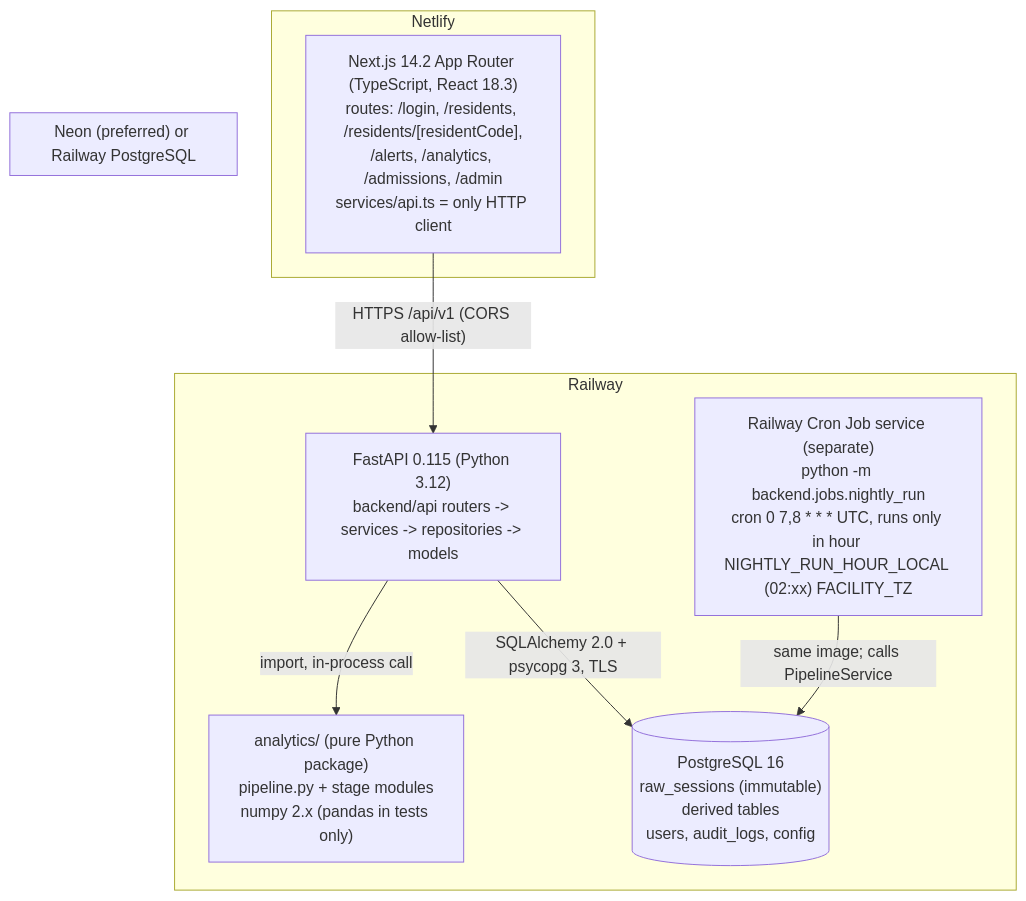
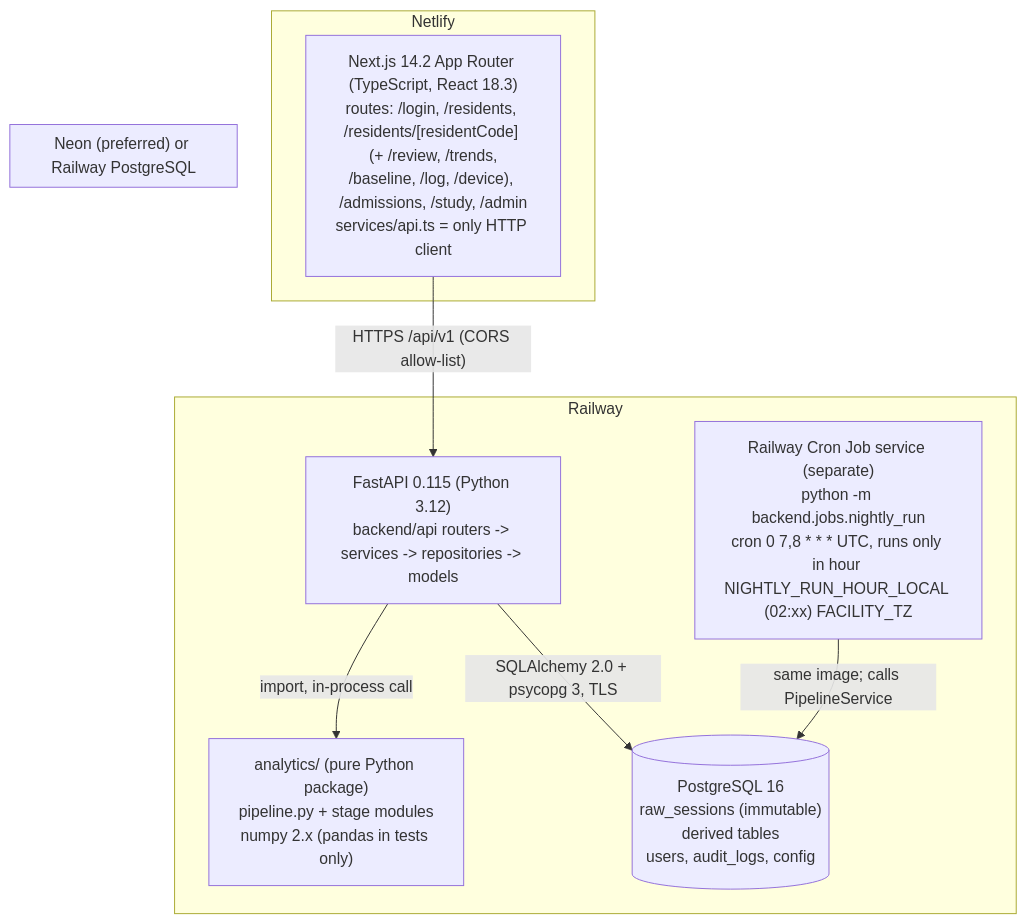
One commit to EchoWellApp/echowell changed the second of 7 diagrams in specs/TRD/01_System_Architecture_TRD.md. Above: the diagram before and after it, drawn with Mermaid. The commit also changed other lines of this file and 30 other files, not shown here.

````diff
--- a/specs/TRD/01_System_Architecture_TRD.md
+++ b/specs/TRD/01_System_Architecture_TRD.md
@@ -72,18 +73,18 @@
 ```mermaid
 flowchart TB
     subgraph Netlify
-        NX["Next.js 14.2 App Router (TypeScript, React 18.3)<br/>routes: /login, /residents, /residents/[residentCode],<br/>/alerts, /analytics, /admissions, /admin<br/>services/api.ts = only HTTP client"]
+        NX["Next.js 14.2 App Router (TypeScript, React 18.3)<br/>routes: /login, /residents, /residents/[residentCode] (+ /review, /trends,<br/>/baseline, /log, /device), /admissions, /study, /admin<br/>services/api.ts = only HTTP client"]
     end
     subgraph Railway
         API["FastAPI 0.115 (Python 3.12)<br/>backend/api routers -> services -> repositories -> models"]
         ANA["analytics/ (pure Python package)<br/>pipeline.py + stage modules<br/>numpy 2.x (pandas in tests only)"]
         SCH["Railway Cron Job service (separate)<br/>python -m backend.jobs.nightly_run<br/>cron 0 7,8 * * * UTC, runs only in hour NIGHTLY_RUN_HOUR_LOCAL (02:xx) FACILITY_TZ"]
         API -- "import, in-process call" --> ANA
         SCH -- "same image; calls PipelineService" --> PG
     end
     subgraph Neon["Neon (preferred) or Railway PostgreSQL"]
         PG[("PostgreSQL 16<br/>raw_sessions (immutable)<br/>derived tables<br/>users, audit_logs, config")]
     end
     NX -- "HTTPS /api/v1 (CORS allow-list)" --> API
     API -- "SQLAlchemy 2.0 + psycopg 3, TLS" --> PG
 ```
````
